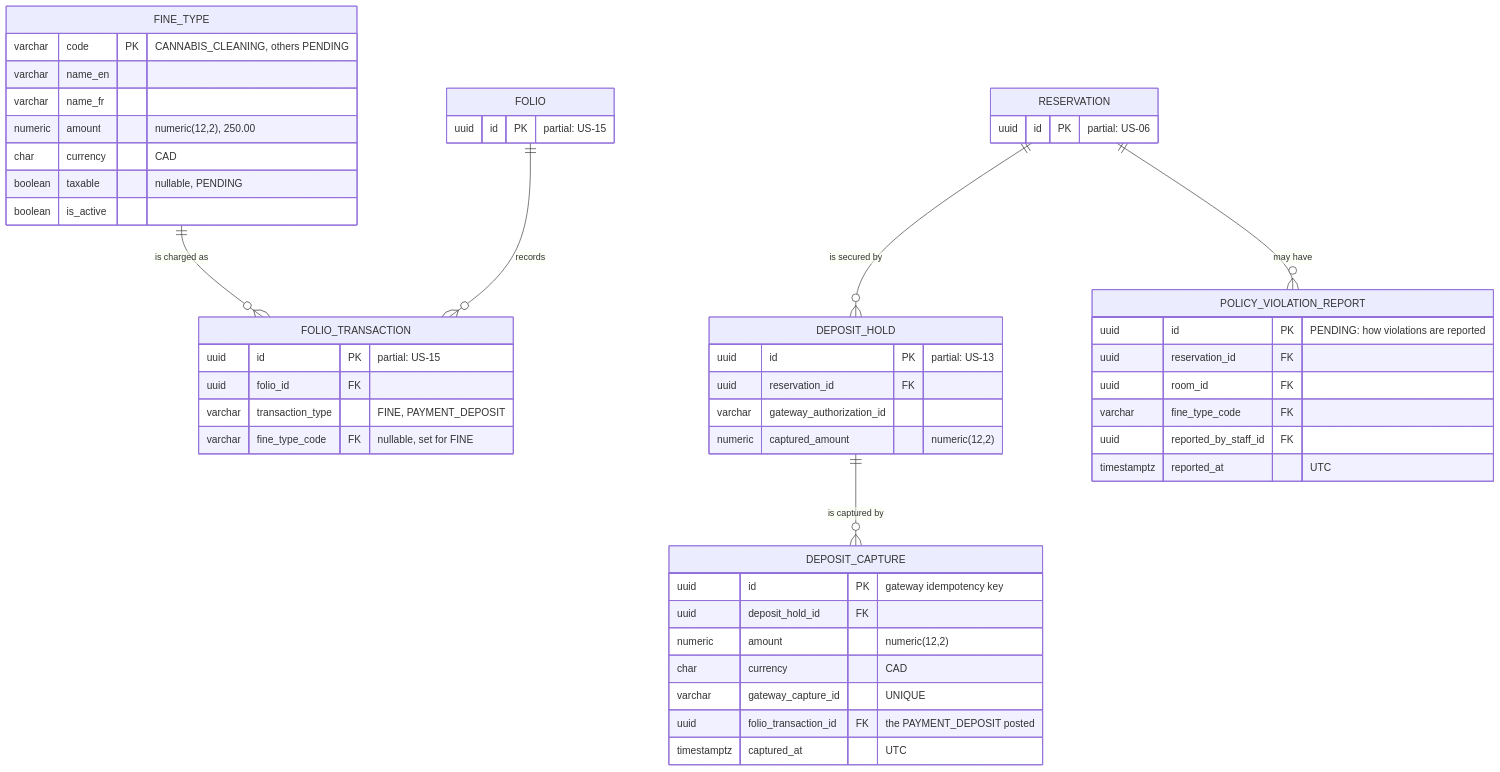
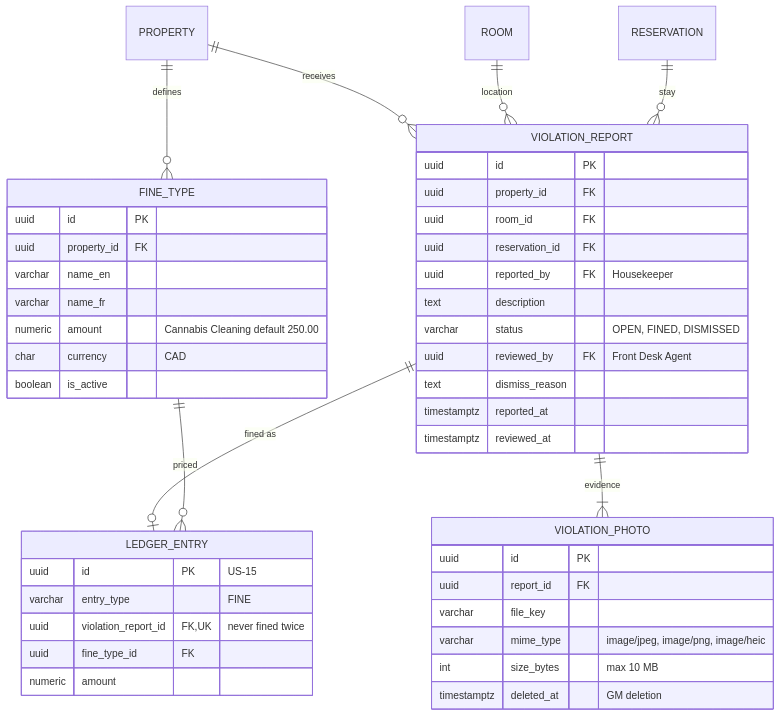
Before and after one commit to BraceroInSabot/Motel-Starmie: the second of 4 diagrams in docs/Initial Requirements/Diagrams/US-16 - Policy Violation Fine.md, drawn with Mermaid. The commit also changed other lines of this file and 51 other files, not shown here.

````diff
--- a/docs/Initial Requirements/Diagrams/US-16 - Policy Violation Fine.md
+++ b/docs/Initial Requirements/Diagrams/US-16 - Policy Violation Fine.md
@@ -169,53 +167,48 @@
 ```mermaid
 erDiagram
-    FINE_TYPE ||--o{ FOLIO_TRANSACTION : "is charged as"
-    FOLIO ||--o{ FOLIO_TRANSACTION : "records"
-    RESERVATION ||--o{ DEPOSIT_HOLD : "is secured by"
-    DEPOSIT_HOLD ||--o{ DEPOSIT_CAPTURE : "is captured by"
-    RESERVATION ||--o{ POLICY_VIOLATION_REPORT : "may have"
+    PROPERTY ||--o{ FINE_TYPE : "defines"
+    PROPERTY ||--o{ VIOLATION_REPORT : "receives"
+    ROOM ||--o{ VIOLATION_REPORT : "location"
+    RESERVATION ||--o{ VIOLATION_REPORT : "stay"
+    VIOLATION_REPORT ||--|{ VIOLATION_PHOTO : "evidence"
+    VIOLATION_REPORT ||--o| LEDGER_ENTRY : "fined as"
+    FINE_TYPE ||--o{ LEDGER_ENTRY : "priced"
 
     FINE_TYPE {
-        varchar code PK "CANNABIS_CLEANING, others PENDING"
+        uuid id PK
+        uuid property_id FK
         varchar name_en
         varchar name_fr
-        numeric amount "numeric(12,2), 250.00"
+        numeric amount "Cannabis Cleaning default 250.00"
         char currency "CAD"
-        boolean taxable "nullable, PENDING"
         boolean is_active
     }
-    FOLIO_TRANSACTION {
-        uuid id PK "partial: US-15"
-        uuid folio_id FK
-        varchar transaction_type "FINE, PAYMENT_DEPOSIT"
-        varchar fine_type_code FK "nullable, set for FINE"
+    VIOLATION_REPORT {
+        uuid id PK
+        uuid property_id FK
+        uuid room_id FK
+        uuid reservation_id FK
+        uuid reported_by FK "Housekeeper"
+        text description
+        varchar status "OPEN, FINED, DISMISSED"
+        uuid reviewed_by FK "Front Desk Agent"
+        text dismiss_reason
+        timestamptz reported_at
+        timestamptz reviewed_at
     }
-    DEPOSIT_HOLD {
-        uuid id PK "partial: US-13"
-        uuid reservation_id FK
-        varchar gateway_authorization_id
-        numeric captured_amount "numeric(12,2)"
+    VIOLATION_PHOTO {
+        uuid id PK
+        uuid report_id FK
+        varchar file_key
+        varchar mime_type "image/jpeg, image/png, image/heic"
+        int size_bytes "max 10 MB"
+        timestamptz deleted_at "GM deletion"
     }
-    DEPOSIT_CAPTURE {
-        uuid id PK "gateway idempotency key"
-        uuid deposit_hold_id FK
-        numeric amount "numeric(12,2)"
-        char currency "CAD"
-        varchar gateway_capture_id "UNIQUE"
-        uuid folio_transaction_id FK "the PAYMENT_DEPOSIT posted"
-        timestamptz captured_at "UTC"
-    }
-    POLICY_VIOLATION_REPORT {
-        uuid id PK "PENDING: how violations are reported"
-        uuid reservation_id FK
-        uuid room_id FK
-        varchar fine_type_code FK
-        uuid reported_by_staff_id FK
-        timestamptz reported_at "UTC"
-    }
-    RESERVATION {
-        uuid id PK "partial: US-06"
-    }
-    FOLIO {
-        uuid id PK "partial: US-15"
+    LEDGER_ENTRY {
+        uuid id PK "US-15"
+        varchar entry_type "FINE"
+        uuid violation_report_id FK, UK "never fined twice"
+        uuid fine_type_id FK
+        numeric amount
     }
 ```
````
